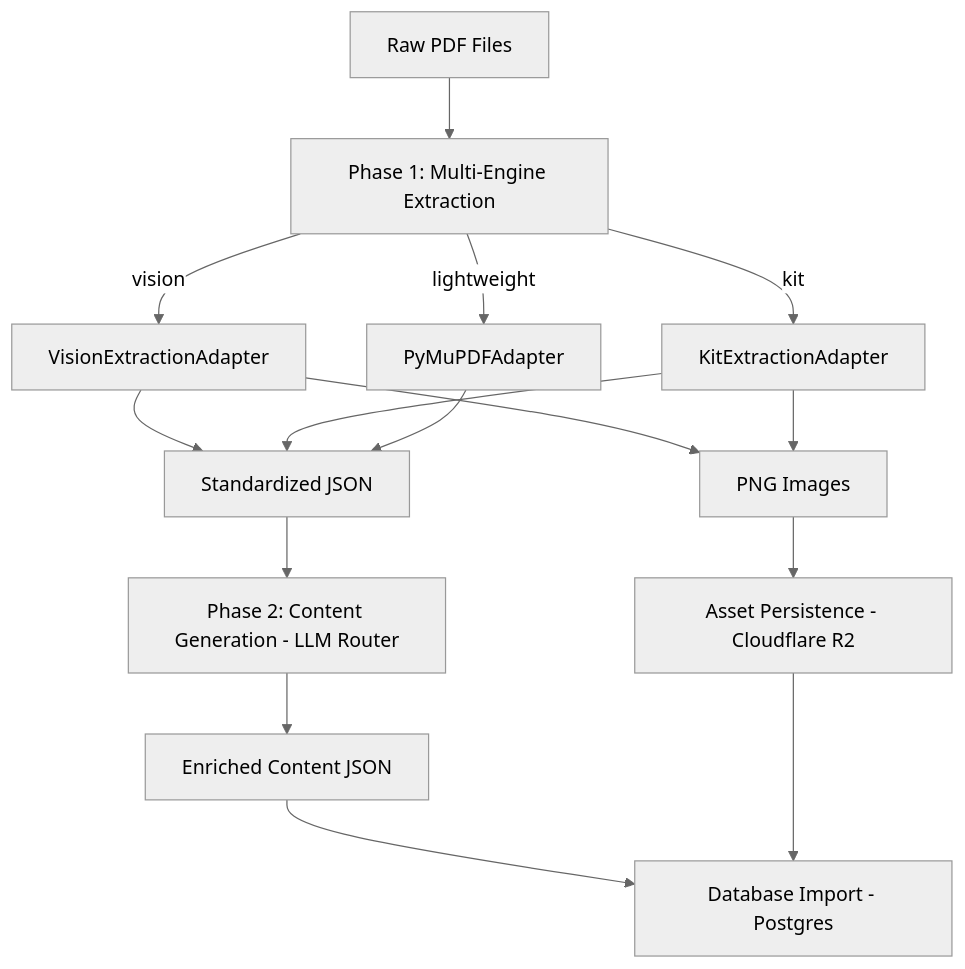
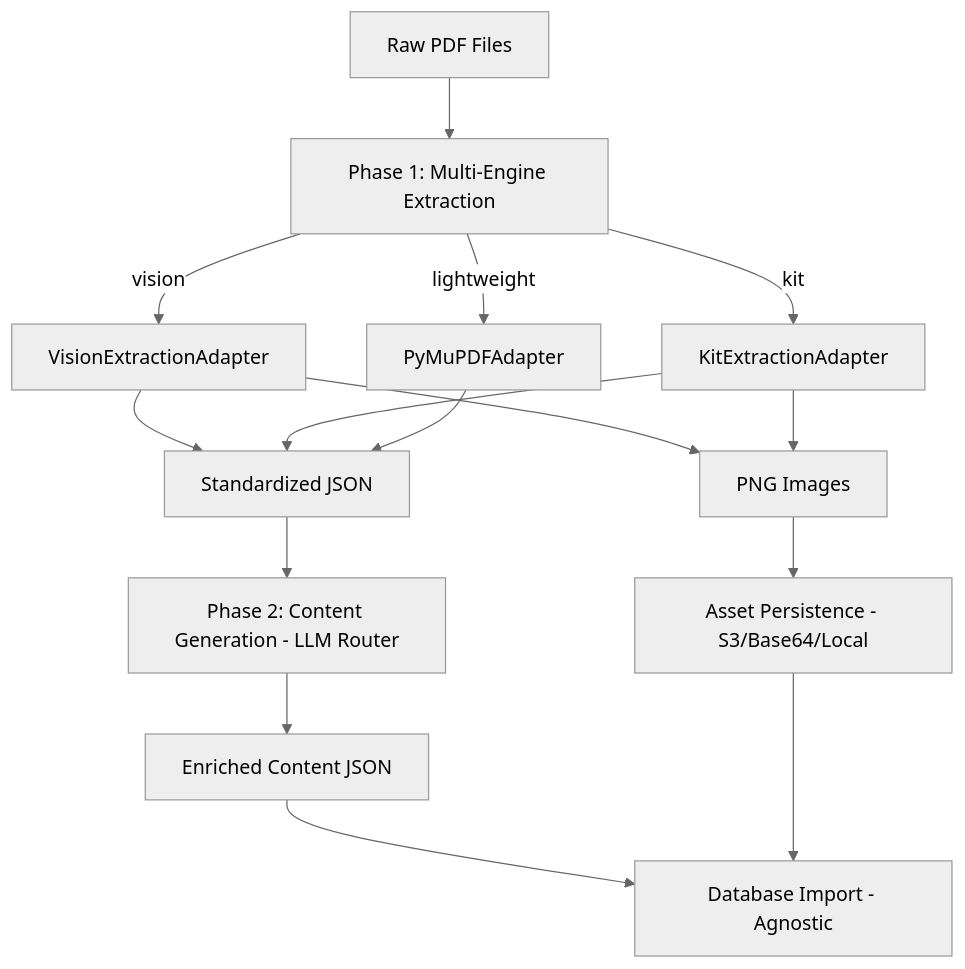
Before and after one commit to shmukit/Edmate: the diagram in docs/technical/SYSTEM_DESIGN.md, drawn with Mermaid (neutral theme). The commit also changed other lines of this file and 6 other files, not shown here.

````diff
--- a/docs/technical/SYSTEM_DESIGN.md
+++ b/docs/technical/SYSTEM_DESIGN.md
@@ -51,19 +51,19 @@
 ```mermaid
 graph TB
     A[Raw PDF Files] --> B[Phase 1: Multi-Engine Extraction]
     B -->|vision| V[VisionExtractionAdapter]
     B -->|kit| K[KitExtractionAdapter]
     B -->|lightweight| P[PyMuPDFAdapter]
     
     V --> C[Standardized JSON]
     K --> C
     P --> C
     V --> D[PNG Images]
     K --> D
     
     C --> E[Phase 2: Content Generation - LLM Router]
     E --> F[Enriched Content JSON]
-    D --> G[Asset Persistence - Cloudflare R2]
-    F --> H[Database Import - Postgres]
+    D --> G[Asset Persistence - S3/Base64/Local]
+    F --> H[Database Import - Agnostic]
     G --> H
 ```
````
